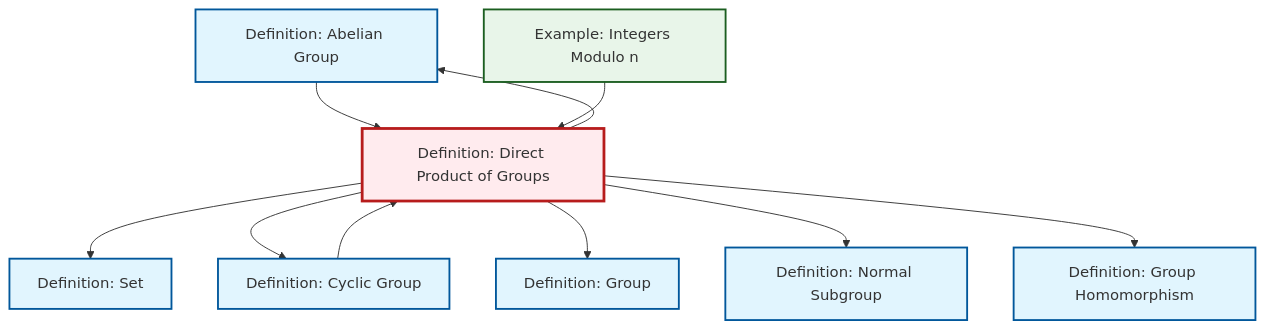
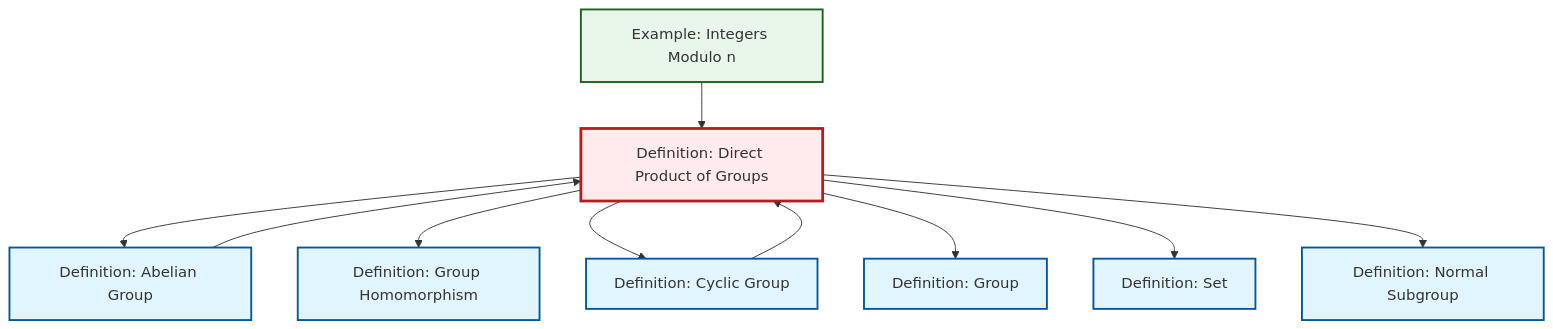
The diagram in content/en/algebra/def-direct-product.qmd (RK0429/ModernMath), drawn with Mermaid before and after one commit. The commit also changed other lines of this file and 497 other files, not shown here.

````diff
--- a/content/en/algebra/def-direct-product.qmd
+++ b/content/en/algebra/def-direct-product.qmd
@@ -103,34 +103,34 @@
 ```{mermaid}
 %%| fig-cap: "Local dependency graph"
 graph TD
     classDef definition fill:#e1f5fe,stroke:#01579b,stroke-width:2px
     classDef theorem fill:#f3e5f5,stroke:#4a148c,stroke-width:2px
     classDef axiom fill:#fff3e0,stroke:#e65100,stroke-width:2px
     classDef example fill:#e8f5e9,stroke:#1b5e20,stroke-width:2px
     classDef current fill:#ffebee,stroke:#b71c1c,stroke-width:3px
     def-normal-subgroup["Definition: Normal Subgroup"]:::definition
+    def-homomorphism["Definition: Group Homomorphism"]:::definition
+    def-set["Definition: Set"]:::definition
+    ex-quotient-integers-mod-n["Example: Integers Modulo n"]:::example
+    def-cyclic-group["Definition: Cyclic Group"]:::definition
+    def-group["Definition: Group"]:::definition
     def-abelian-group["Definition: Abelian Group"]:::definition
-    def-homomorphism["Definition: Group Homomorphism"]:::definition
-    ex-quotient-integers-mod-n["Example: Integers Modulo n"]:::example
-    def-set["Definition: Set"]:::definition
-    def-cyclic-group["Definition: Cyclic Group"]:::definition
     def-direct-product["Definition: Direct Product of Groups"]:::definition
-    def-group["Definition: Group"]:::definition
+    def-direct-product --> def-abelian-group
+    ex-quotient-integers-mod-n --> def-direct-product
+    def-abelian-group --> def-direct-product
+    def-direct-product --> def-homomorphism
+    def-direct-product --> def-cyclic-group
+    def-direct-product --> def-group
     def-direct-product --> def-set
-    def-abelian-group --> def-direct-product
-    def-direct-product --> def-cyclic-group
-    ex-quotient-integers-mod-n --> def-direct-product
     def-cyclic-group --> def-direct-product
-    def-direct-product --> def-group
-    def-direct-product --> def-abelian-group
     def-direct-product --> def-normal-subgroup
-    def-direct-product --> def-homomorphism
     class def-direct-product current
     click def-normal-subgroup "def-normal-subgroup.html" "Go to Normal Subgroup definition"
-    click def-abelian-group "def-abelian-group.html" "Go to Abelian Group definition"
     click def-homomorphism "def-homomorphism.html" "Go to Group Homomorphism definition"
+    click def-set "def-set.html" "Go to Set definition"
     click ex-quotient-integers-mod-n "ex-quotient-integers-mod-n.html" "Go to Integers Modulo n example"
-    click def-set "def-set.html" "Go to Set definition"
     click def-cyclic-group "def-cyclic-group.html" "Go to Cyclic Group definition"
     click def-group "def-group.html" "Go to Group definition"
+    click def-abelian-group "def-abelian-group.html" "Go to Abelian Group definition"
 ```
````
